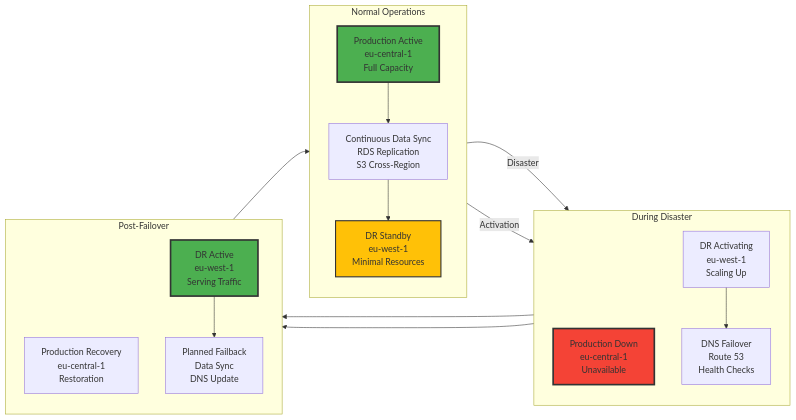
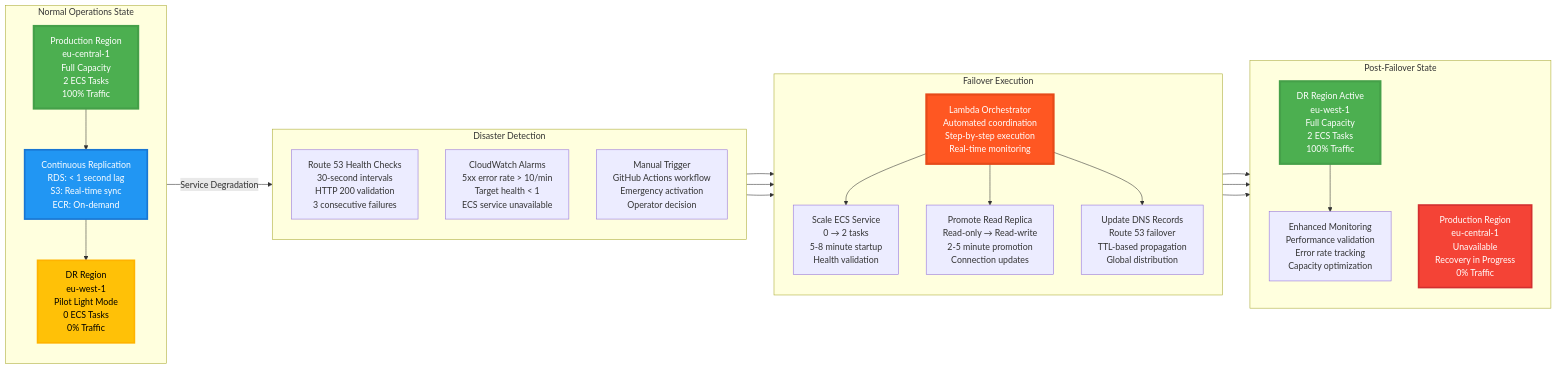
The third of 20 diagrams in README.md (mangucletus/disaster-recovery-for-containerized-lamp-stack-application), drawn with Mermaid before and after one commit. The commit also changed other lines of this file, not shown here.

````diff
--- a/README.md
+++ b/README.md
@@ -206,38 +239,55 @@
 ```mermaid
 graph LR
-    subgraph "Normal Operations"
+    subgraph "Normal Operations State"
         direction TB
-        ProdActive[Production Active<br/>eu-central-1<br/>Full Capacity]
-        DRStandby[DR Standby<br/>eu-west-1<br/>Minimal Resources]
-        DataSync[Continuous Data Sync<br/>RDS Replication<br/>S3 Cross-Region]
+        ProdActive[Production Region<br/>eu-central-1<br/>Full Capacity<br/>2 ECS Tasks<br/>100% Traffic]
+        DRStandby[DR Region<br/>eu-west-1<br/>Pilot Light Mode<br/>0 ECS Tasks<br/>0% Traffic]
+        DataFlow[Continuous Replication<br/>RDS: < 1 second lag<br/>S3: Real-time sync<br/>ECR: On-demand]
     end
     
-    subgraph "During Disaster"
+    subgraph "Disaster Detection"
         direction TB
-        ProdDown[Production Down<br/>eu-central-1<br/>Unavailable]
-        DRActivating[DR Activating<br/>eu-west-1<br/>Scaling Up]
-        Failover[DNS Failover<br/>Route 53<br/>Health Checks]
+        HealthCheck[Route 53 Health Checks<br/>30-second intervals<br/>HTTP 200 validation<br/>3 consecutive failures]
+        CloudWatch[CloudWatch Alarms<br/>5xx error rate > 10/min<br/>Target health < 1<br/>ECS service unavailable]
+        Manual[Manual Trigger<br/>GitHub Actions workflow<br/>Emergency activation<br/>Operator decision]
     end
     
-    subgraph "Post-Failover"
+    subgraph "Failover Execution"
         direction TB
-        ProdRecovery[Production Recovery<br/>eu-central-1<br/>Restoration]
-        DRActive[DR Active<br/>eu-west-1<br/>Serving Traffic]
-        Failback[Planned Failback<br/>Data Sync<br/>DNS Update]
+        Lambda[Lambda Orchestrator<br/>Automated coordination<br/>Step-by-step execution<br/>Real-time monitoring]
+        ECSScale[Scale ECS Service<br/>0 → 2 tasks<br/>5-8 minute startup<br/>Health validation]
+        RDSPromote[Promote Read Replica<br/>Read-only → Read-write<br/>2-5 minute promotion<br/>Connection updates]
+        DNSUpdate[Update DNS Records<br/>Route 53 failover<br/>TTL-based propagation<br/>Global distribution]
     end
     
-    ProdActive --> DataSync
-    DataSync --> DRStandby
-    ProdActive -->|Disaster| ProdDown
-    DRStandby -->|Activation| DRActivating
-    DRActivating --> Failover
-    Failover --> DRActive
-    ProdDown --> ProdRecovery
-    DRActive --> Failback
-    Failback --> ProdActive
+    subgraph "Post-Failover State"
+        direction TB
+        DRActive[DR Region Active<br/>eu-west-1<br/>Full Capacity<br/>2 ECS Tasks<br/>100% Traffic]
+        ProdDown[Production Region<br/>eu-central-1<br/>Unavailable<br/>Recovery in Progress<br/>0% Traffic]
+        Monitoring[Enhanced Monitoring<br/>Performance validation<br/>Error rate tracking<br/>Capacity optimization]
+    end
     
-    style ProdActive fill:#4CAF50,stroke:#333,stroke-width:3px
-    style DRStandby fill:#FFC107,stroke:#333,stroke-width:2px
-    style ProdDown fill:#F44336,stroke:#333,stroke-width:3px
-    style DRActive fill:#4CAF50,stroke:#333,stroke-width:3px
+    ProdActive --> DataFlow
+    DataFlow --> DRStandby
+    
+    ProdActive -->|Service Degradation| HealthCheck
+    HealthCheck --> Lambda
+    CloudWatch --> Lambda
+    Manual --> Lambda
+    
+    Lambda --> ECSScale
+    Lambda --> RDSPromote
+    Lambda --> DNSUpdate
+    
+    ECSScale --> DRActive
+    RDSPromote --> DRActive
+    DNSUpdate --> DRActive
+    DRActive --> Monitoring
+    
+    style ProdActive fill:#4caf50,color:#ffffff,stroke:#45a049,stroke-width:4px
+    style DRStandby fill:#ffc107,color:#000000,stroke:#ffb300,stroke-width:3px
+    style Lambda fill:#ff5722,color:#ffffff,stroke:#e64a19,stroke-width:4px
+    style DRActive fill:#4caf50,color:#ffffff,stroke:#45a049,stroke-width:4px
+    style ProdDown fill:#f44336,color:#ffffff,stroke:#d32f2f,stroke-width:3px
+    style DataFlow fill:#2196f3,color:#ffffff,stroke:#1976d2,stroke-width:3px
 ```
````
